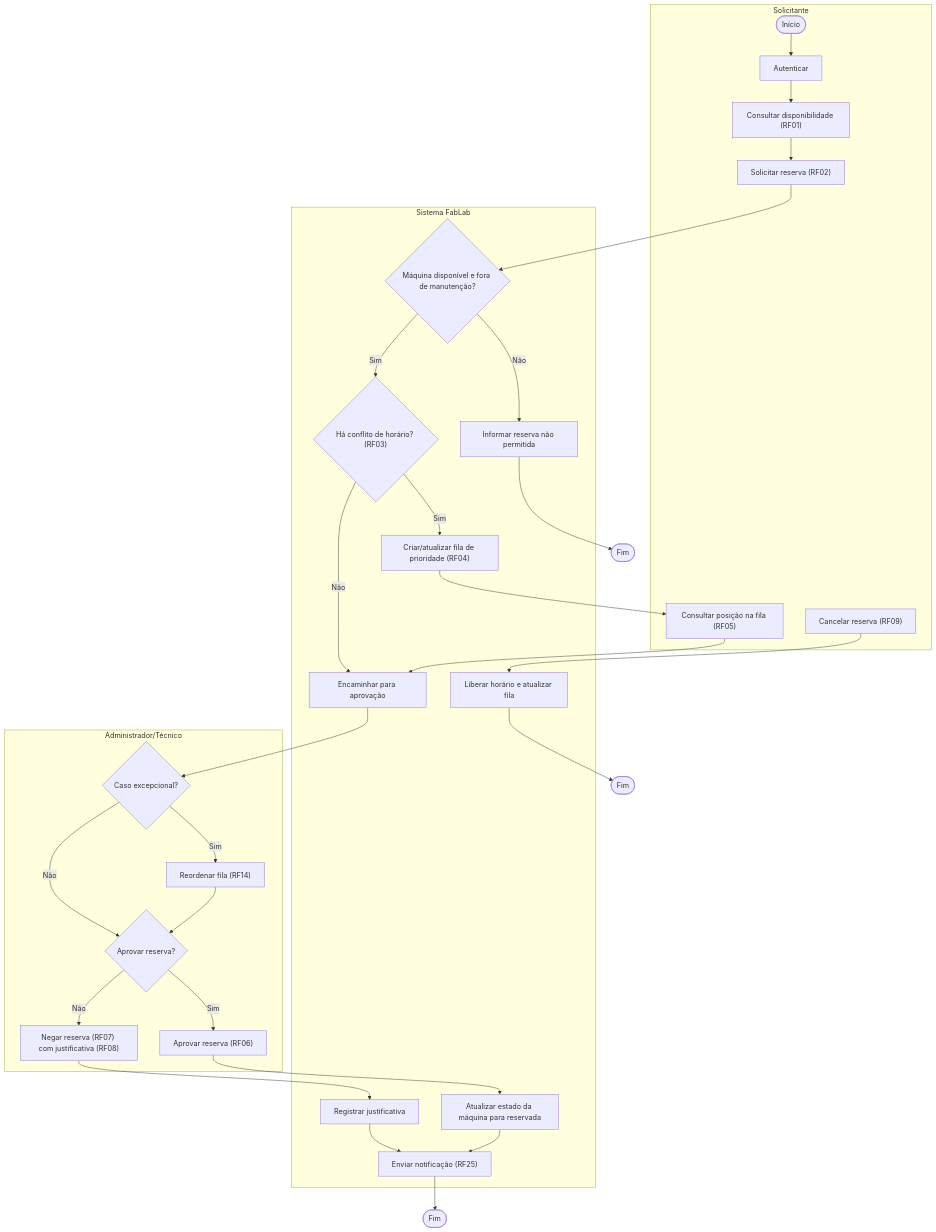
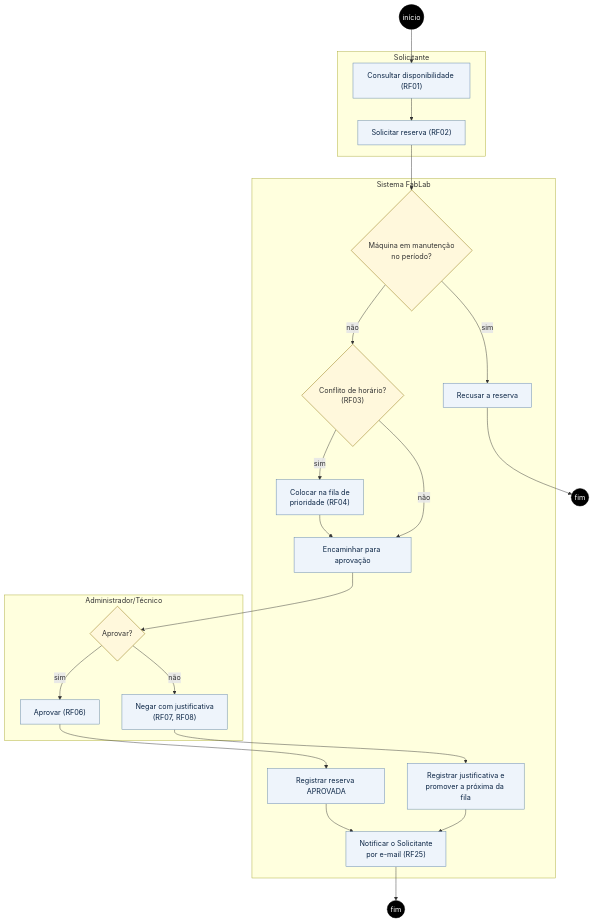
One commit to Fe-76/diagramas changed diagram 11 of 14 in Readme.md. Above: the diagram before and after it, drawn with Mermaid. The commit also changed other lines of this file and 30 other files, not shown here.

````diff
--- a/Readme.md
+++ b/Readme.md
@@ -142,43 +477,43 @@
 ```mermaid
-flowchart TD
+flowchart TB
+    classDef decisao fill:#fff8dc,stroke:#8a6d00
+    classDef inicio fill:#000,stroke:#000,color:#fff
+    classDef acao fill:#eef4fb,stroke:#5d82a8,color:#0b2545
+
+    INI(("início")):::inicio
+
     subgraph SOL["Solicitante"]
-        A([Início]) --> B["Autenticar"]
-        B --> C["Consultar disponibilidade (RF01)"]
-        C --> D["Solicitar reserva (RF02)"]
-        S1["Consultar posição na fila (RF05)"]
-        Z1["Cancelar reserva (RF09)"]
+        A1["Consultar disponibilidade (RF01)"]:::acao
+        A2["Solicitar reserva (RF02)"]:::acao
     end
 
     subgraph SIS["Sistema FabLab"]
-        E{"Máquina disponível e fora de manutenção?"}
-        F["Informar reserva não permitida"]
-        G{"Há conflito de horário? (RF03)"}
-        H["Criar/atualizar fila de prioridade (RF04)"]
-        I["Encaminhar para aprovação"]
-        L["Atualizar estado da máquina para reservada"]
-        M["Registrar justificativa"]
-        N["Enviar notificação (RF25)"]
-        Z2["Liberar horário e atualizar fila"]
+        D1{"Máquina em manutenção<br/>no período?"}:::decisao
+        A3["Recusar a reserva"]:::acao
+        D2{"Conflito de horário?<br/>(RF03)"}:::decisao
+        A4["Colocar na fila de<br/>prioridade (RF04)"]:::acao
+        A5["Encaminhar para aprovação"]:::acao
+        A8["Registrar reserva APROVADA"]:::acao
+        A9["Registrar justificativa e<br/>promover a próxima da fila"]:::acao
+        A10["Notificar o Solicitante<br/>por e-mail (RF25)"]:::acao
     end
 
     subgraph ADM["Administrador/Técnico"]
-        J{"Caso excepcional?"}
-        K["Reordenar fila (RF14)"]
-        O{"Aprovar reserva?"}
-        P["Aprovar reserva (RF06)"]
-        Q["Negar reserva (RF07) com justificativa (RF08)"]
+        D3{"Aprovar?"}:::decisao
+        A6["Aprovar (RF06)"]:::acao
+        A7["Negar com justificativa<br/>(RF07, RF08)"]:::acao
     end
 
-    D --> E
-    E -- Não --> F --> FIM1([Fim])
-    E -- Sim --> G
-    G -- Sim --> H --> S1 --> I
-    G -- Não --> I
-    I --> J
-    J -- Sim --> K --> O
-    J -- Não --> O
-    O -- Sim --> P --> L --> N
-    O -- Não --> Q --> M --> N
-    N --> FIM2([Fim])
-    Z1 --> Z2 --> FIM3([Fim])
+    FIM1(("fim")):::inicio
+    FIM2(("fim")):::inicio
+
+    INI --> A1 --> A2 --> D1
+    D1 -- sim --> A3 --> FIM1
+    D1 -- não --> D2
+    D2 -- sim --> A4 --> A5
+    D2 -- não --> A5
+    A5 --> D3
+    D3 -- sim --> A6 --> A8 --> A10
+    D3 -- não --> A7 --> A9 --> A10
+    A10 --> FIM2
 ```
````
